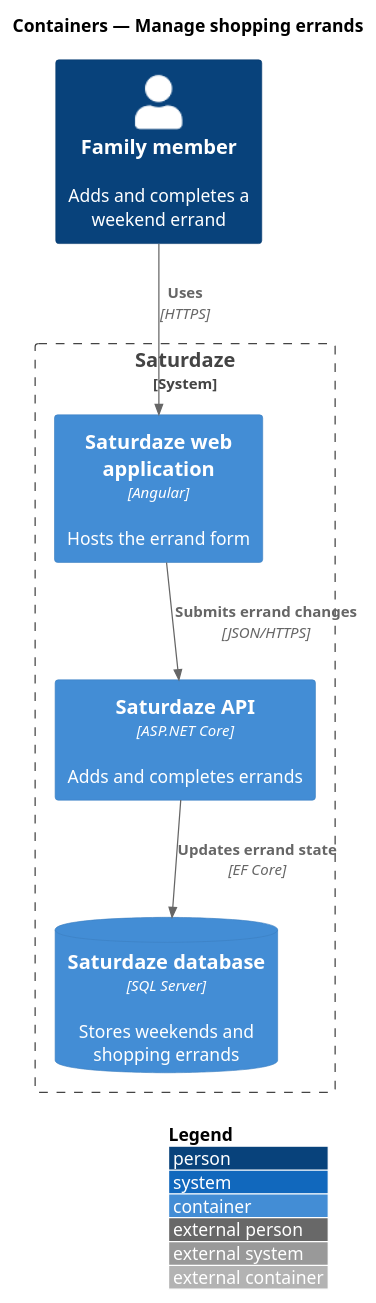
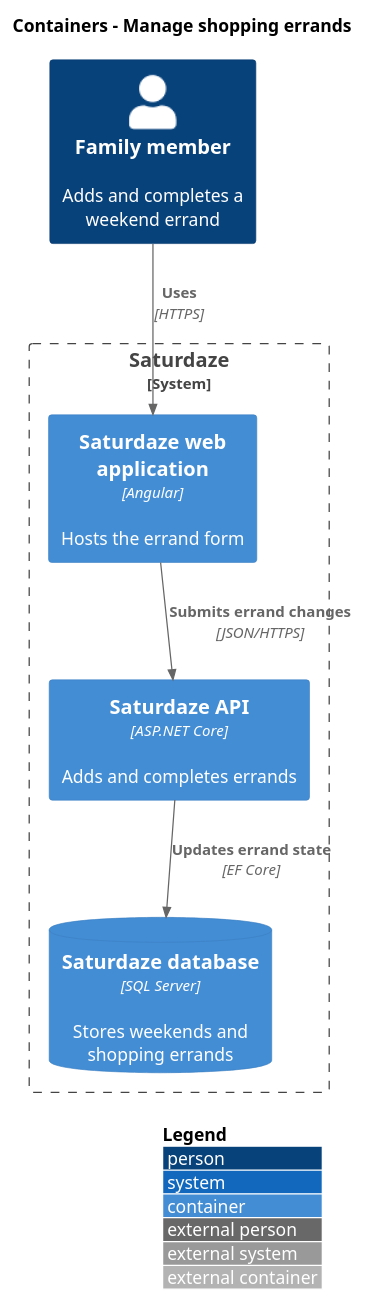
One commit to QuinntyneBrown/saturdaze changed the diagram in docs/detailed-designs/weekend-planning/manage-shopping-errands/diagrams/c4-container.puml. Above: the diagram before and after it, drawn with PlantUML. The commit also changed 289 other files, not shown here.

```diff
--- a/docs/detailed-designs/weekend-planning/manage-shopping-errands/diagrams/c4-container.puml
+++ b/docs/detailed-designs/weekend-planning/manage-shopping-errands/diagrams/c4-container.puml
@@ -1,15 +1,15 @@
 @startuml
 !include <C4/C4_Container>
 LAYOUT_WITH_LEGEND()
-title Containers — Manage shopping errands
+title Containers - Manage shopping errands
 
 Person(actor, "Family member", "Adds and completes a weekend errand")
 System_Boundary(saturdaze, "Saturdaze") {
   Container(web, "Saturdaze web application", "Angular", "Hosts the errand form")
   Container(api, "Saturdaze API", "ASP.NET Core", "Adds and completes errands")
   ContainerDb(db, "Saturdaze database", "SQL Server", "Stores weekends and shopping errands")
 }
 Rel(actor, web, "Uses", "HTTPS")
 Rel(web, api, "Submits errand changes", "JSON/HTTPS")
 Rel(api, db, "Updates errand state", "EF Core")
 @enduml
```
